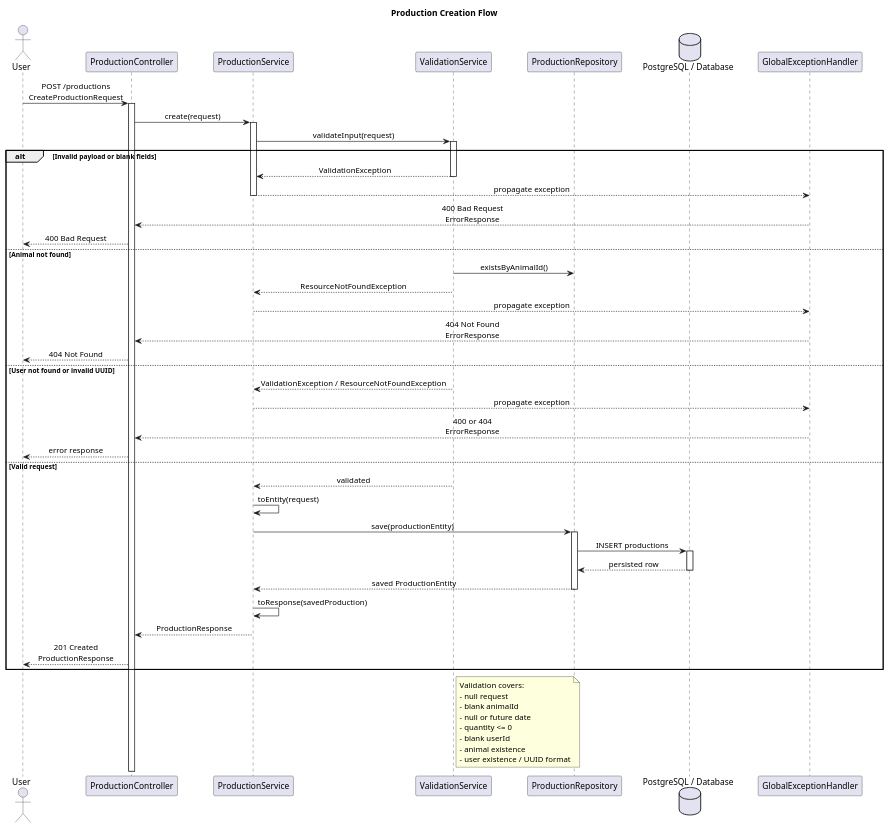
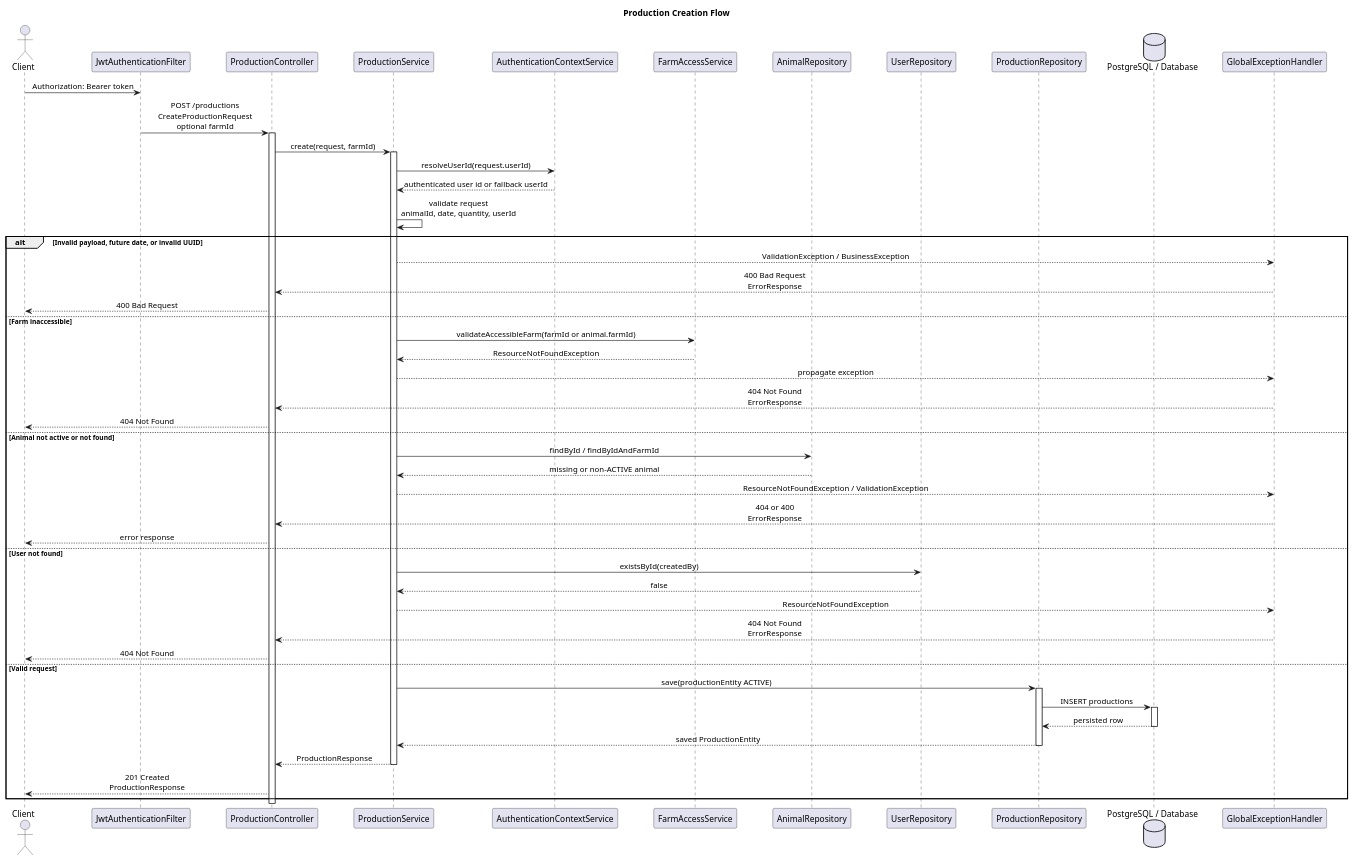
The diagram in backend/farmapp/docs/diagrams/sequence-production.puml (JUAN-P-A-B-L-O/farm_app), drawn with PlantUML before and after one commit. The commit also changed 16 other files, not shown here.

```diff
--- a/backend/farmapp/docs/diagrams/sequence-production.puml
+++ b/backend/farmapp/docs/diagrams/sequence-production.puml
@@ -1,85 +1,70 @@
 @startuml
 title Production Creation Flow
 
 skinparam shadowing false
 skinparam sequenceMessageAlign center
 skinparam responseMessageBelowArrow true
 skinparam ParticipantPadding 25
 skinparam BoxPadding 10
 
-actor User
+actor Client
+participant "JwtAuthenticationFilter" as Jwt
 participant "ProductionController" as Controller
 participant "ProductionService" as Service
-participant "ValidationService" as Validation
-participant "ProductionRepository" as Repository
+participant "AuthenticationContextService" as AuthContext
+participant "FarmAccessService" as FarmAccess
+participant "AnimalRepository" as AnimalRepo
+participant "UserRepository" as UserRepo
+participant "ProductionRepository" as ProductionRepo
 database "PostgreSQL / Database" as DB
 participant "GlobalExceptionHandler" as ErrorHandler
 
-User -> Controller: POST /productions\nCreateProductionRequest
+Client -> Jwt: Authorization: Bearer token
+Jwt -> Controller: POST /productions\nCreateProductionRequest\noptional farmId
 activate Controller
 
-Controller -> Service: create(request)
+Controller -> Service: create(request, farmId)
 activate Service
 
-Service -> Validation: validateInput(request)
-activate Validation
+Service -> AuthContext: resolveUserId(request.userId)
+AuthContext --> Service: authenticated user id or fallback userId
 
-alt Invalid payload or blank fields
-  Validation --> Service: ValidationException
-  deactivate Validation
+Service -> Service: validate request\nanimalId, date, quantity, userId
+
+alt Invalid payload, future date, or invalid UUID
+  Service --> ErrorHandler: ValidationException / BusinessException
+  ErrorHandler --> Controller: 400 Bad Request\nErrorResponse
+  Controller --> Client: 400 Bad Request
+else Farm inaccessible
+  Service -> FarmAccess: validateAccessibleFarm(farmId or animal.farmId)
+  FarmAccess --> Service: ResourceNotFoundException
   Service --> ErrorHandler: propagate exception
-  deactivate Service
-  ErrorHandler --> Controller: 400 Bad Request\nErrorResponse
-  Controller --> User: 400 Bad Request
-else Animal not found
-  Validation -> Repository: existsByAnimalId()
-  Validation --> Service: ResourceNotFoundException
-  deactivate Validation
-  Service --> ErrorHandler: propagate exception
-  deactivate Service
   ErrorHandler --> Controller: 404 Not Found\nErrorResponse
-  Controller --> User: 404 Not Found
-else User not found or invalid UUID
-  Validation --> Service: ValidationException / ResourceNotFoundException
-  deactivate Validation
-  Service --> ErrorHandler: propagate exception
-  deactivate Service
-  ErrorHandler --> Controller: 400 or 404\nErrorResponse
-  Controller --> User: error response
+  Controller --> Client: 404 Not Found
+else Animal not active or not found
+  Service -> AnimalRepo: findById / findByIdAndFarmId
+  AnimalRepo --> Service: missing or non-ACTIVE animal
+  Service --> ErrorHandler: ResourceNotFoundException / ValidationException
+  ErrorHandler --> Controller: 404 or 400\nErrorResponse
+  Controller --> Client: error response
+else User not found
+  Service -> UserRepo: existsById(createdBy)
+  UserRepo --> Service: false
+  Service --> ErrorHandler: ResourceNotFoundException
+  ErrorHandler --> Controller: 404 Not Found\nErrorResponse
+  Controller --> Client: 404 Not Found
 else Valid request
-  Validation --> Service: validated
-  deactivate Validation
-  Service -> Service: toEntity(request)
-  Service -> Repository: save(productionEntity)
-  activate Repository
-  Repository -> DB: INSERT productions
+  Service -> ProductionRepo: save(productionEntity ACTIVE)
+  activate ProductionRepo
+  ProductionRepo -> DB: INSERT productions
   activate DB
-  DB --> Repository: persisted row
+  DB --> ProductionRepo: persisted row
   deactivate DB
-  Repository --> Service: saved ProductionEntity
-  deactivate Repository
-  Service -> Service: toResponse(savedProduction)
+  ProductionRepo --> Service: saved ProductionEntity
+  deactivate ProductionRepo
   Service --> Controller: ProductionResponse
   deactivate Service
-  Controller --> User: 201 Created\nProductionResponse
+  Controller --> Client: 201 Created\nProductionResponse
 end
 
-note right of Validation
-  Validation covers:
-  - null request
-  - blank animalId
-  - null or future date
-  - quantity <= 0
-  - blank userId
-  - animal existence
-  - user existence / UUID format
-end note
-
-'note bottom of Repository
-'  Animal existence is checked through
-'  AnimalRepository in the real service.
-'  The sequence abstracts repository validation
-'  into a single validation stage for readability.
-'end note
-
 @enduml
```
